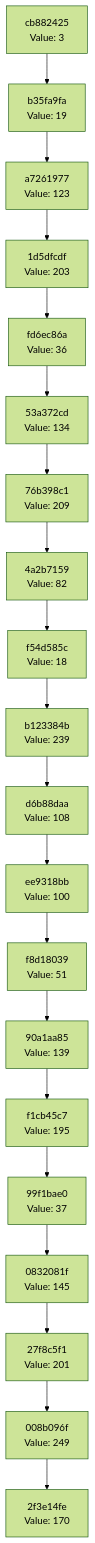
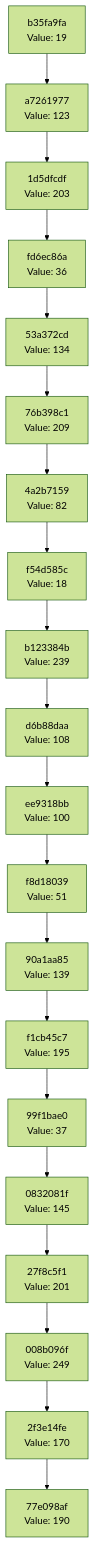
Before and after one commit to Abhisheksinha1506/hash-chain-evolver: the diagram in docs/CHAIN_VISUALIZATION.md, drawn with Mermaid (forest theme). The commit also changed 2 other files, not shown here.

Commit message:
Evolution Step

````diff
--- a/docs/CHAIN_VISUALIZATION.md
+++ b/docs/CHAIN_VISUALIZATION.md
@@ -3,42 +3,42 @@
 ```mermaid
 graph TD
-    C0["2f3e14fe<br/>Value: 170"]
-    C1["008b096f<br/>Value: 249"]
+    C0["77e098af<br/>Value: 190"]
+    C1["2f3e14fe<br/>Value: 170"]
     C1 --> C0
-    C2["27f8c5f1<br/>Value: 201"]
+    C2["008b096f<br/>Value: 249"]
     C2 --> C1
-    C3["0832081f<br/>Value: 145"]
+    C3["27f8c5f1<br/>Value: 201"]
     C3 --> C2
-    C4["99f1bae0<br/>Value: 37"]
+    C4["0832081f<br/>Value: 145"]
     C4 --> C3
-    C5["f1cb45c7<br/>Value: 195"]
+    C5["99f1bae0<br/>Value: 37"]
     C5 --> C4
-    C6["90a1aa85<br/>Value: 139"]
+    C6["f1cb45c7<br/>Value: 195"]
     C6 --> C5
-    C7["f8d18039<br/>Value: 51"]
+    C7["90a1aa85<br/>Value: 139"]
     C7 --> C6
-    C8["ee9318bb<br/>Value: 100"]
+    C8["f8d18039<br/>Value: 51"]
     C8 --> C7
-    C9["d6b88daa<br/>Value: 108"]
+    C9["ee9318bb<br/>Value: 100"]
     C9 --> C8
-    C10["b123384b<br/>Value: 239"]
+    C10["d6b88daa<br/>Value: 108"]
     C10 --> C9
-    C11["f54d585c<br/>Value: 18"]
+    C11["b123384b<br/>Value: 239"]
     C11 --> C10
-    C12["4a2b7159<br/>Value: 82"]
+    C12["f54d585c<br/>Value: 18"]
     C12 --> C11
-    C13["76b398c1<br/>Value: 209"]
+    C13["4a2b7159<br/>Value: 82"]
     C13 --> C12
-    C14["53a372cd<br/>Value: 134"]
+    C14["76b398c1<br/>Value: 209"]
     C14 --> C13
-    C15["fd6ec86a<br/>Value: 36"]
+    C15["53a372cd<br/>Value: 134"]
     C15 --> C14
-    C16["1d5dfcdf<br/>Value: 203"]
+    C16["fd6ec86a<br/>Value: 36"]
     C16 --> C15
-    C17["a7261977<br/>Value: 123"]
+    C17["1d5dfcdf<br/>Value: 203"]
     C17 --> C16
-    C18["b35fa9fa<br/>Value: 19"]
+    C18["a7261977<br/>Value: 123"]
     C18 --> C17
-    C19["cb882425<br/>Value: 3"]
+    C19["b35fa9fa<br/>Value: 19"]
     C19 --> C18
 ```
````
